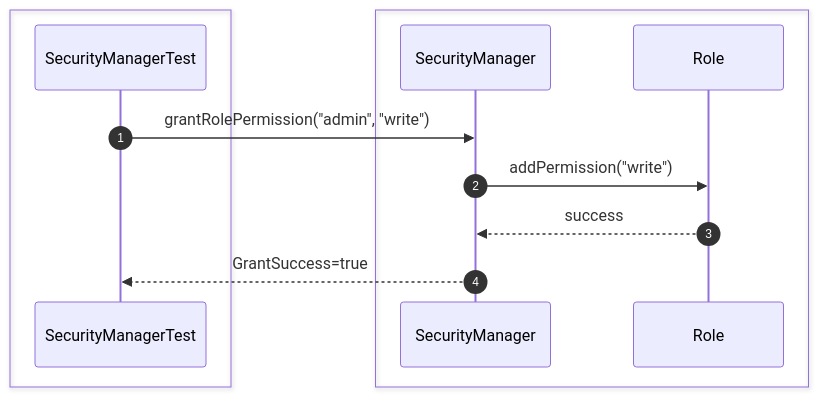
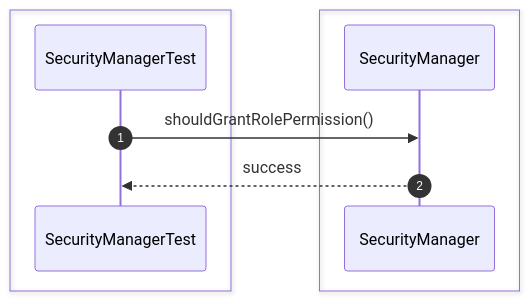
The ninth of 35 diagrams in src/sequence/security.md (Huy1801214/dbms-architecture), drawn with Mermaid before and after one commit. The commit also changed other lines of this file and 68 other files, not shown here.

Commit message:
implement comprehensive unit test suite and architectural sequence documentation

````diff
--- a/src/sequence/security.md
+++ b/src/sequence/security.md
@@ -161,17 +126,13 @@
 ```mermaid
 sequenceDiagram
     autonumber
-
     box #e1f5fe Test Suite
     participant Test as SecurityManagerTest
     end
-    box #e3f2fd Security Components
-    participant Security as SecurityManager
-    participant Role as Role
+    box #e3f2fd SecurityManager Component
+    participant SM as SecurityManager
     end
 
-    Test->>Security: grantRolePermission("admin", "write")
-    Security->>Role: addPermission("write")
-    Role-->>Security: success
-    Security-->>Test: GrantSuccess=true
+    Test->>SM: shouldGrantRolePermission()
+    SM-->>Test: success
 ```
````
